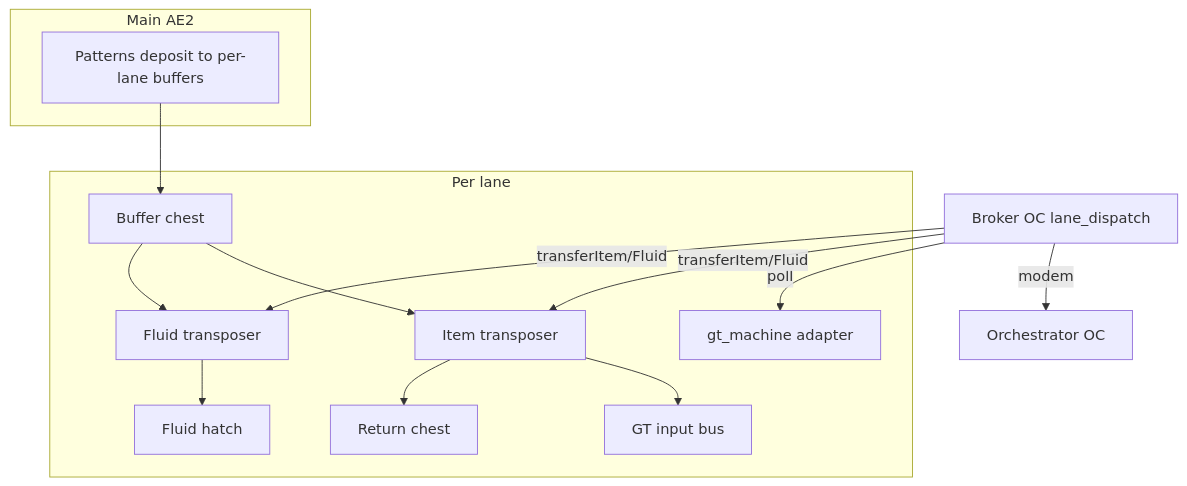
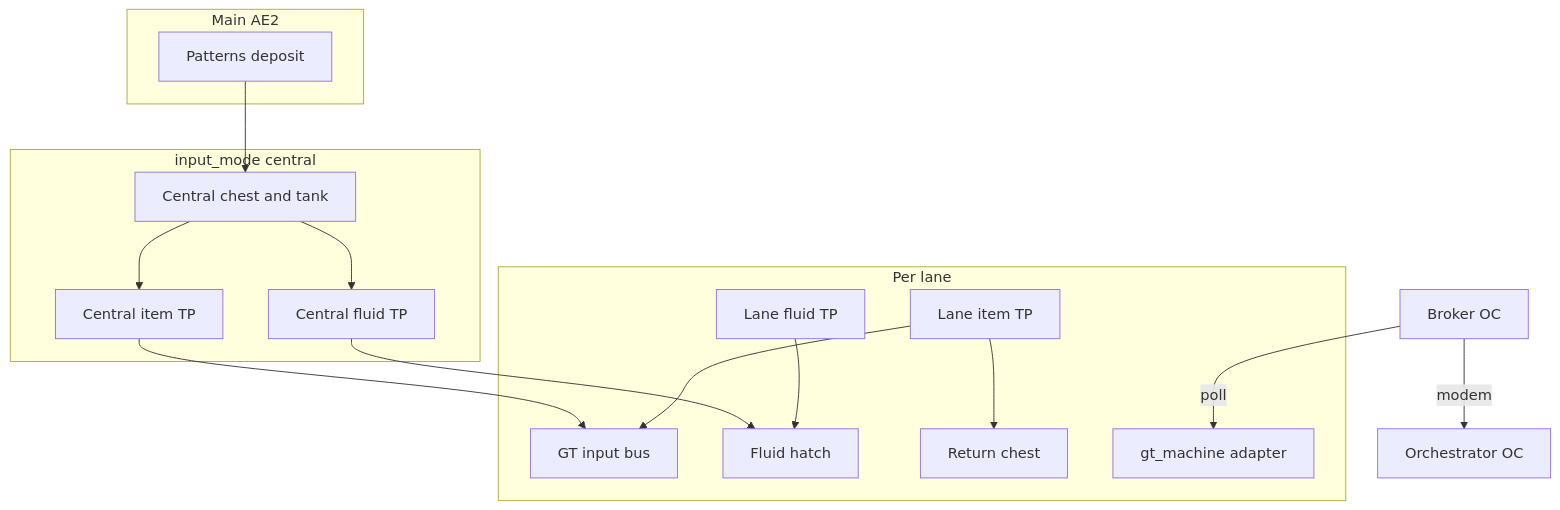
One commit to tjmeltesen/AutoOS changed the second of 2 diagrams in README.md. Above: the diagram before and after it, drawn with Mermaid. The commit also changed other lines of this file and 32 other files, not shown here.

Commit message:
changing to a central buffer network

````diff
--- a/README.md
+++ b/README.md
@@ -453,25 +461,31 @@
 ```mermaid
 flowchart TB
   subgraph mainNet [Main AE2]
-    AE[Patterns deposit to per-lane buffers]
+    AE[Patterns deposit]
+  end
+  subgraph central [input_mode central]
+    CBuf[Central chest and tank]
+    CItemTP[Central item TP]
+    CFluidTP[Central fluid TP]
+    CBuf --> CItemTP
+    CBuf --> CFluidTP
   end
   subgraph lane [Per lane]
-    Buf[Buffer chest]
-    ItemTP[Item transposer]
-    FluidTP[Fluid transposer]
+    ItemTP[Lane item TP]
+    FluidTP[Lane fluid TP]
     Bus[GT input bus]
     Hatch[Fluid hatch]
     Ret[Return chest]
     GT[gt_machine adapter]
-    Buf --> ItemTP --> Bus
-    Buf --> FluidTP --> Hatch
+    ItemTP --> Bus
     ItemTP --> Ret
+    FluidTP --> Hatch
   end
-  Broker[Broker OC lane_dispatch]
+  Broker[Broker OC]
   Orch[Orchestrator OC]
+  AE --> CBuf
+  CItemTP --> Bus
+  CFluidTP --> Hatch
   Broker -->|poll| GT
-  Broker -->|transferItem/Fluid| ItemTP
-  Broker -->|transferItem/Fluid| FluidTP
   Broker -->|"modem"| Orch
-  AE --> Buf
 ```
````
